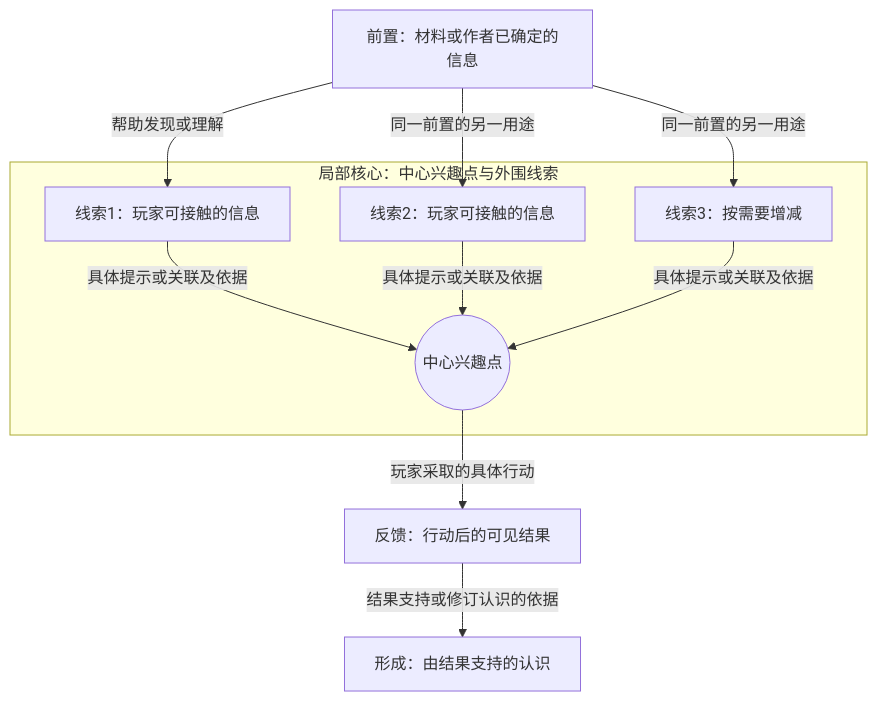
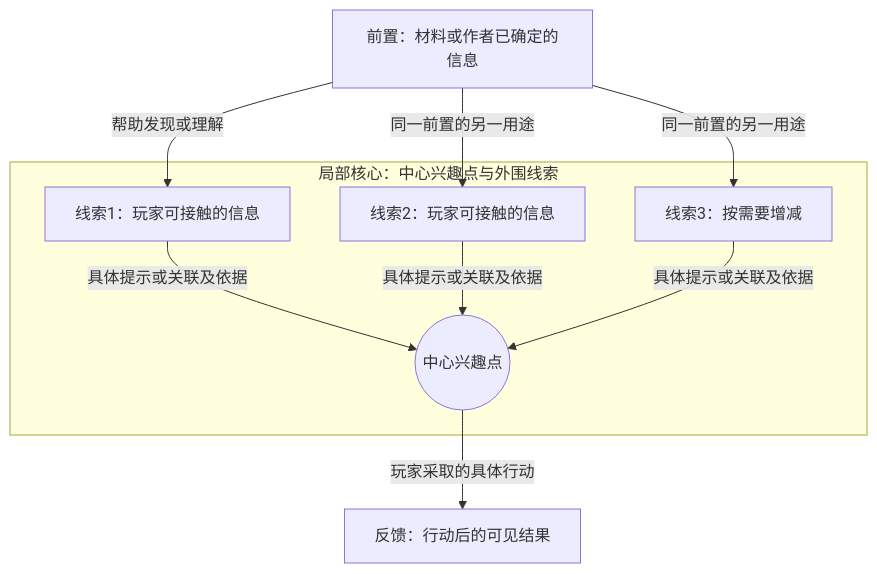
Before and after one commit to ATLALALA/knowledge-gate-net-toolkit: the first of 2 diagrams in knowledge-gate-network/templates/local-lock.md, drawn with Mermaid. The commit also changed other lines of this file and 13 other files, not shown here.

````diff
--- a/knowledge-gate-network/templates/local-lock.md
+++ b/knowledge-gate-network/templates/local-lock.md
@@ -38,20 +38,18 @@
 ```mermaid
 flowchart TB
     K0["前置：材料或作者已确定的信息"]
-    K["形成：由结果支持的认识"]
     subgraph Core["局部核心：中心兴趣点与外围线索"]
         C1["线索1：玩家可接触的信息"]
         C2["线索2：玩家可接触的信息"]
         C3["线索3：按需要增减"]
         I(("中心兴趣点"))
         C1 -->|"具体提示或关联及依据"| I
         C2 -->|"具体提示或关联及依据"| I
         C3 -->|"具体提示或关联及依据"| I
     end
     F["反馈：行动后的可见结果"]
     K0 -->|"帮助发现或理解"| C1
     K0 -->|"同一前置的另一用途"| C2
     K0 -->|"同一前置的另一用途"| C3
     I -->|"玩家采取的具体行动"| F
-    F -->|"结果支持或修订认识的依据"| K
 ```
````
